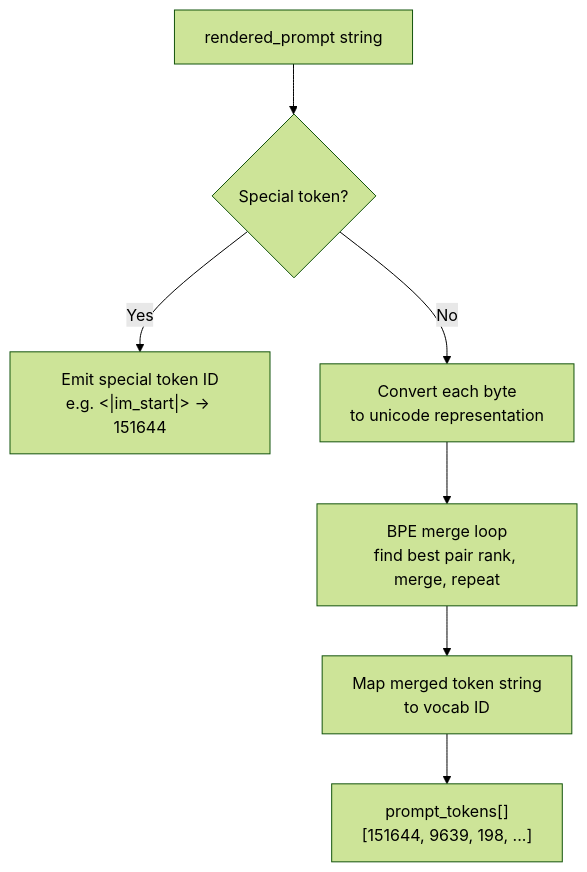
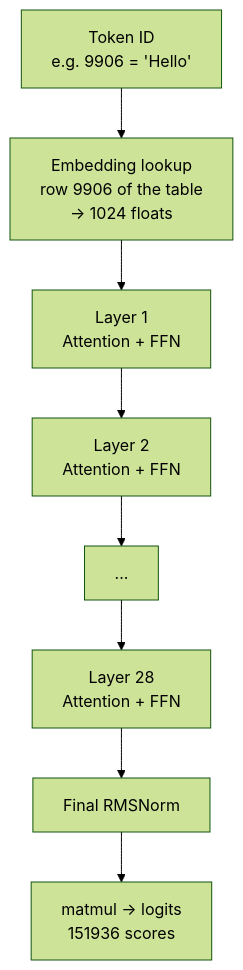
One commit to thefirehacker/QWEN3-RunLocally changed the fourth of 11 diagrams in repos/blog/qwen3.c.md. Above: the diagram before and after it, drawn with Mermaid (forest theme). The commit also changed other lines of this file and 1 other file, not shown here.

````diff
--- a/repos/blog/qwen3.c.md
+++ b/repos/blog/qwen3.c.md
@@ -224,9 +501,10 @@
 ```{mermaid}
 flowchart TD
-    T["rendered_prompt string"] --> S{Special token?}
-    S -- Yes --> ST["Emit special token ID\ne.g. <|im_start|> → 151644"]
-    S -- No --> B["Convert each byte\nto unicode representation"]
-    B --> BPE["BPE merge loop\nfind best pair rank, merge, repeat"]
-    BPE --> MAP["Map merged token string\nto vocab ID"]
-    MAP --> IDS["prompt_tokens[]\n[151644, 9639, 198, ...]"]
+    TOK["Token ID\ne.g. 9906 = 'Hello'"] --> EMB["Embedding lookup\nrow 9906 of the table\n→ 1024 floats"]
+    EMB --> L1["Layer 1\nAttention + FFN"]
+    L1 --> L2["Layer 2\nAttention + FFN"]
+    L2 --> DOT["..."]
+    DOT --> L28["Layer 28\nAttention + FFN"]
+    L28 --> RN["Final RMSNorm"]
+    RN --> LG["matmul → logits\n151936 scores"]
 ```
````
